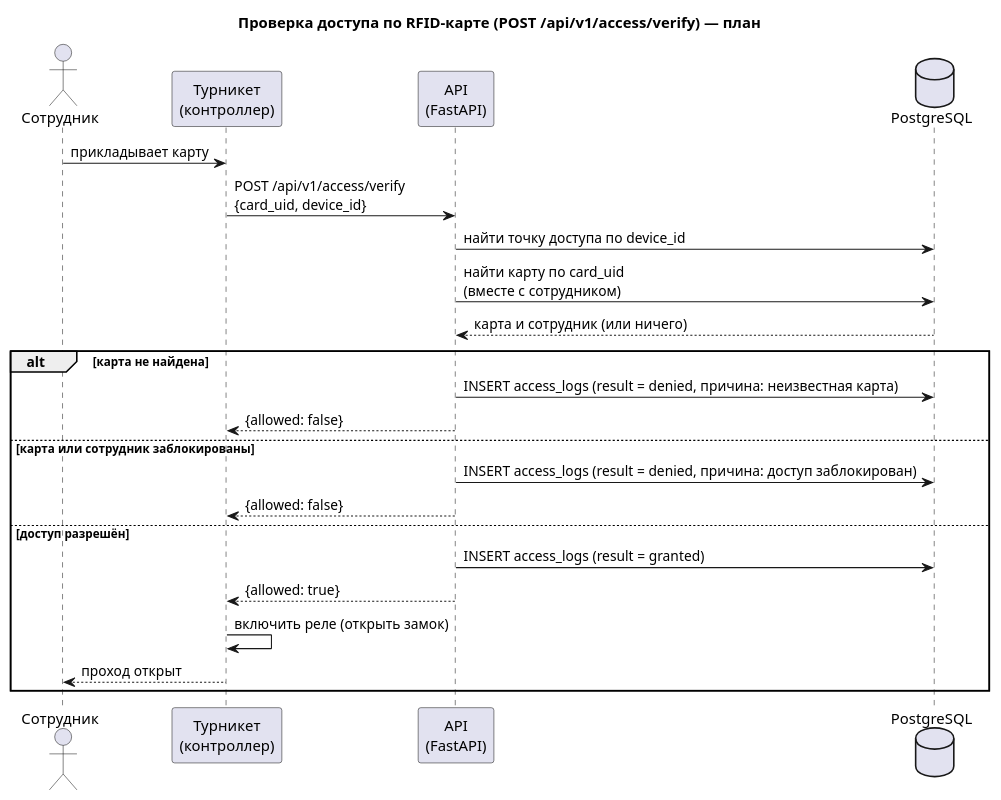
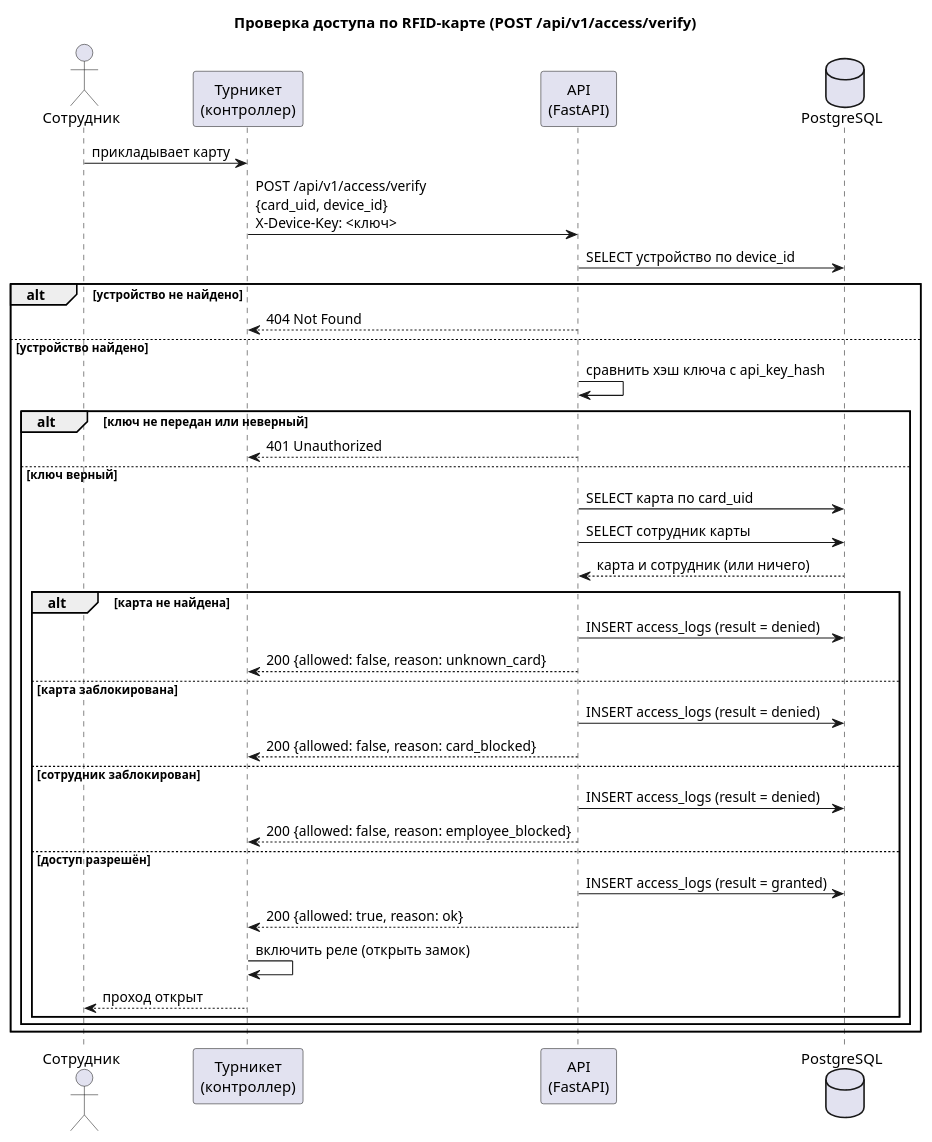
Before and after one commit to jabapogers-cpu/access-control-and-management-system: the diagram in diagrams/sequence_verify_card.puml, drawn with PlantUML. The commit also changed 4 other files, not shown here.

Commit message:
diagrams

```diff
--- a/diagrams/sequence_verify_card.puml
+++ b/diagrams/sequence_verify_card.puml
@@ -1,27 +1,42 @@
 @startuml sequence_verify_card
-title Проверка доступа по RFID-карте (POST /api/v1/access/verify) — план
+title Проверка доступа по RFID-карте (POST /api/v1/access/verify)
 
 actor "Сотрудник" as U
 participant "Турникет\n(контроллер)" as T
 participant "API\n(FastAPI)" as API
 database "PostgreSQL" as DB
 
 U -> T : прикладывает карту
-T -> API : POST /api/v1/access/verify\n{card_uid, device_id}
-API -> DB : найти точку доступа по device_id
-API -> DB : найти карту по card_uid\n(вместе с сотрудником)
-DB --> API : карта и сотрудник (или ничего)
+T -> API : POST /api/v1/access/verify\n{card_uid, device_id}\nX-Device-Key: <ключ>
+API -> DB : SELECT устройство по device_id
 
-alt карта не найдена
-  API -> DB : INSERT access_logs (result = denied, причина: неизвестная карта)
-  API --> T : {allowed: false}
-else карта или сотрудник заблокированы
-  API -> DB : INSERT access_logs (result = denied, причина: доступ заблокирован)
-  API --> T : {allowed: false}
-else доступ разрешён
-  API -> DB : INSERT access_logs (result = granted)
-  API --> T : {allowed: true}
-  T -> T : включить реле (открыть замок)
-  T --> U : проход открыт
+alt устройство не найдено
+  API --> T : 404 Not Found
+else устройство найдено
+  API -> API : сравнить хэш ключа с api_key_hash
+
+  alt ключ не передан или неверный
+    API --> T : 401 Unauthorized
+  else ключ верный
+    API -> DB : SELECT карта по card_uid
+    API -> DB : SELECT сотрудник карты
+    DB --> API : карта и сотрудник (или ничего)
+
+    alt карта не найдена
+      API -> DB : INSERT access_logs (result = denied)
+      API --> T : 200 {allowed: false, reason: unknown_card}
+    else карта заблокирована
+      API -> DB : INSERT access_logs (result = denied)
+      API --> T : 200 {allowed: false, reason: card_blocked}
+    else сотрудник заблокирован
+      API -> DB : INSERT access_logs (result = denied)
+      API --> T : 200 {allowed: false, reason: employee_blocked}
+    else доступ разрешён
+      API -> DB : INSERT access_logs (result = granted)
+      API --> T : 200 {allowed: true, reason: ok}
+      T -> T : включить реле (открыть замок)
+      T --> U : проход открыт
+    end
+  end
 end
 @enduml
```
